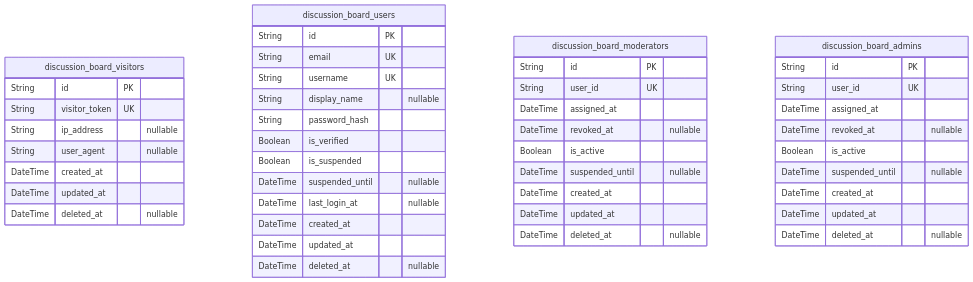
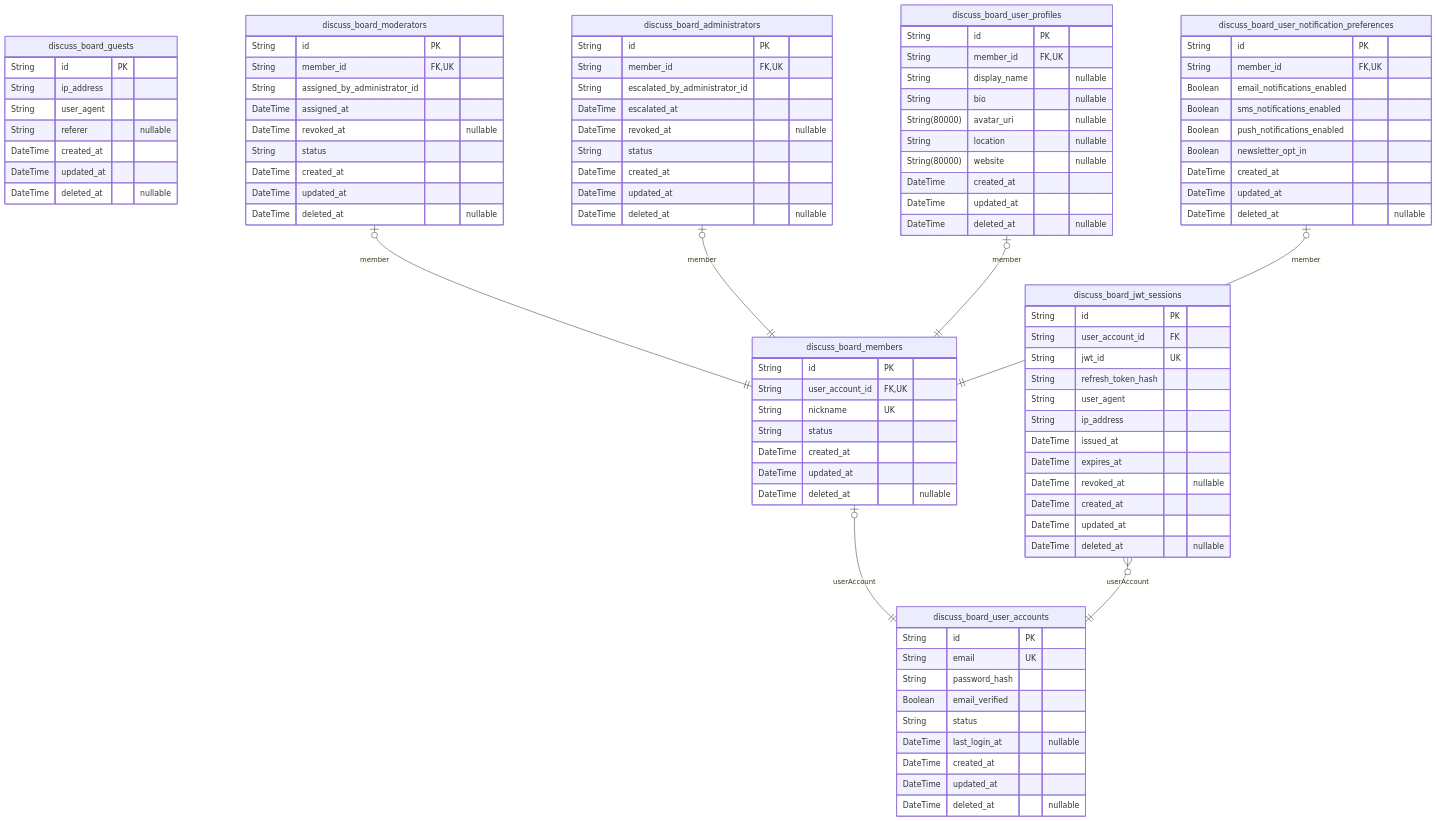
Before and after one commit to wrtnlabs/autobe-example-bbs-openai-gpt-4.1: the second of 8 diagrams in docs/ERD.md, drawn with Mermaid. The commit also changed other lines of this file and 1202 other files, not shown here.

````diff
--- a/docs/ERD.md
+++ b/docs/ERD.md
@@ -196,48 +150,97 @@
 ```mermaid
 erDiagram
-"discussion_board_visitors" {
+"discuss_board_guests" {
   String id PK
-  String visitor_token UK
-  String ip_address "nullable"
-  String user_agent "nullable"
+  String ip_address
+  String user_agent
+  String referer "nullable"
   DateTime created_at
   DateTime updated_at
   DateTime deleted_at "nullable"
 }
-"discussion_board_users" {
+"discuss_board_members" {
+  String id PK
+  String user_account_id FK,UK
+  String nickname UK
+  String status
+  DateTime created_at
+  DateTime updated_at
+  DateTime deleted_at "nullable"
+}
+"discuss_board_moderators" {
+  String id PK
+  String member_id FK,UK
+  String assigned_by_administrator_id
+  DateTime assigned_at
+  DateTime revoked_at "nullable"
+  String status
+  DateTime created_at
+  DateTime updated_at
+  DateTime deleted_at "nullable"
+}
+"discuss_board_administrators" {
+  String id PK
+  String member_id FK,UK
+  String escalated_by_administrator_id
+  DateTime escalated_at
+  DateTime revoked_at "nullable"
+  String status
+  DateTime created_at
+  DateTime updated_at
+  DateTime deleted_at "nullable"
+}
+"discuss_board_user_accounts" {
   String id PK
   String email UK
-  String username UK
-  String display_name "nullable"
   String password_hash
-  Boolean is_verified
-  Boolean is_suspended
-  DateTime suspended_until "nullable"
+  Boolean email_verified
+  String status
   DateTime last_login_at "nullable"
   DateTime created_at
   DateTime updated_at
   DateTime deleted_at "nullable"
 }
-"discussion_board_moderators" {
+"discuss_board_jwt_sessions" {
   String id PK
-  String user_id UK
-  DateTime assigned_at
+  String user_account_id FK
+  String jwt_id UK
+  String refresh_token_hash
+  String user_agent
+  String ip_address
+  DateTime issued_at
+  DateTime expires_at
   DateTime revoked_at "nullable"
-  Boolean is_active
-  DateTime suspended_until "nullable"
   DateTime created_at
   DateTime updated_at
   DateTime deleted_at "nullable"
 }
-"discussion_board_admins" {
+"discuss_board_user_profiles" {
   String id PK
-  String user_id UK
-  DateTime assigned_at
-  DateTime revoked_at "nullable"
-  Boolean is_active
-  DateTime suspended_until "nullable"
+  String member_id FK,UK
+  String display_name "nullable"
+  String bio "nullable"
+  String(80000) avatar_uri "nullable"
+  String location "nullable"
+  String(80000) website "nullable"
   DateTime created_at
   DateTime updated_at
   DateTime deleted_at "nullable"
 }
+"discuss_board_user_notification_preferences" {
+  String id PK
+  String member_id FK,UK
+  Boolean email_notifications_enabled
+  Boolean sms_notifications_enabled
+  Boolean push_notifications_enabled
+  Boolean newsletter_opt_in
+  DateTime created_at
+  DateTime updated_at
+  DateTime deleted_at "nullable"
+}
+"discuss_board_members" |o--|| "discuss_board_user_accounts" : userAccount
+"discuss_board_moderators" |o--|| "discuss_board_members" : member
+"discuss_board_administrators" |o--|| "discuss_board_members" : member
+"discuss_board_jwt_sessions" }o--|| "discuss_board_user_accounts" : userAccount
+"discuss_board_user_profiles" |o--|| "discuss_board_members" : member
+"discuss_board_user_notification_preferences" |o--|| "discuss_board_members" : member
 ```
````
